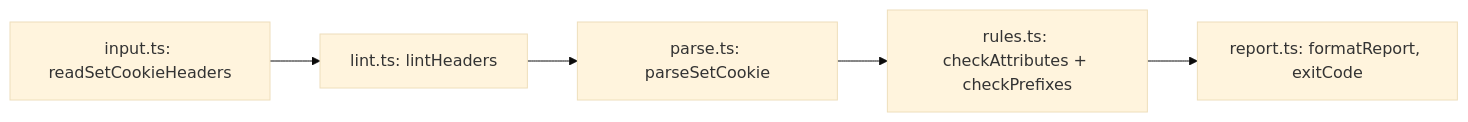
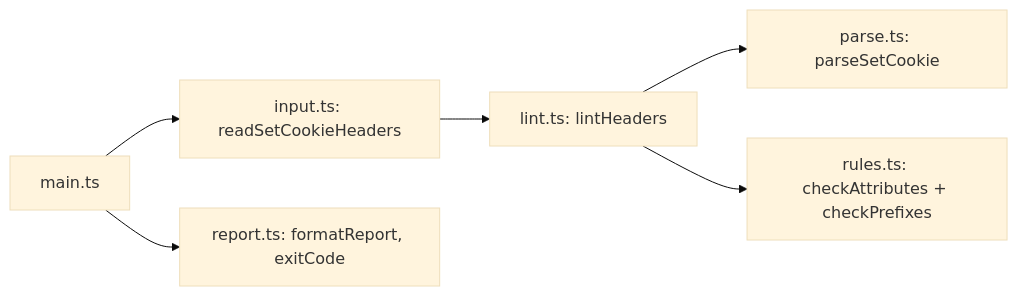
The diagram in vault/frontend-engineering/how-the-web-works/internet-and-networking/visuals/assets/mini-03-flow-internet-and-networking.mmd (lakshay-testsigma/notes_management), drawn with Mermaid (base theme) before and after one commit. The commit also changed 25 other files, not shown here.

```diff
--- a/vault/frontend-engineering/how-the-web-works/internet-and-networking/visuals/assets/mini-03-flow-internet-and-networking.mmd
+++ b/vault/frontend-engineering/how-the-web-works/internet-and-networking/visuals/assets/mini-03-flow-internet-and-networking.mmd
@@ -1,5 +1,6 @@
 flowchart LR
   input["input.ts: readSetCookieHeaders"] --> lint["lint.ts: lintHeaders"]
+  main["main.ts"] --> input
   lint --> parse["parse.ts: parseSetCookie"]
-  parse --> rules["rules.ts: checkAttributes + checkPrefixes"]
-  rules --> report["report.ts: formatReport, exitCode"]
+  lint --> rules["rules.ts: checkAttributes + checkPrefixes"]
+  main --> report["report.ts: formatReport, exitCode"]
```
